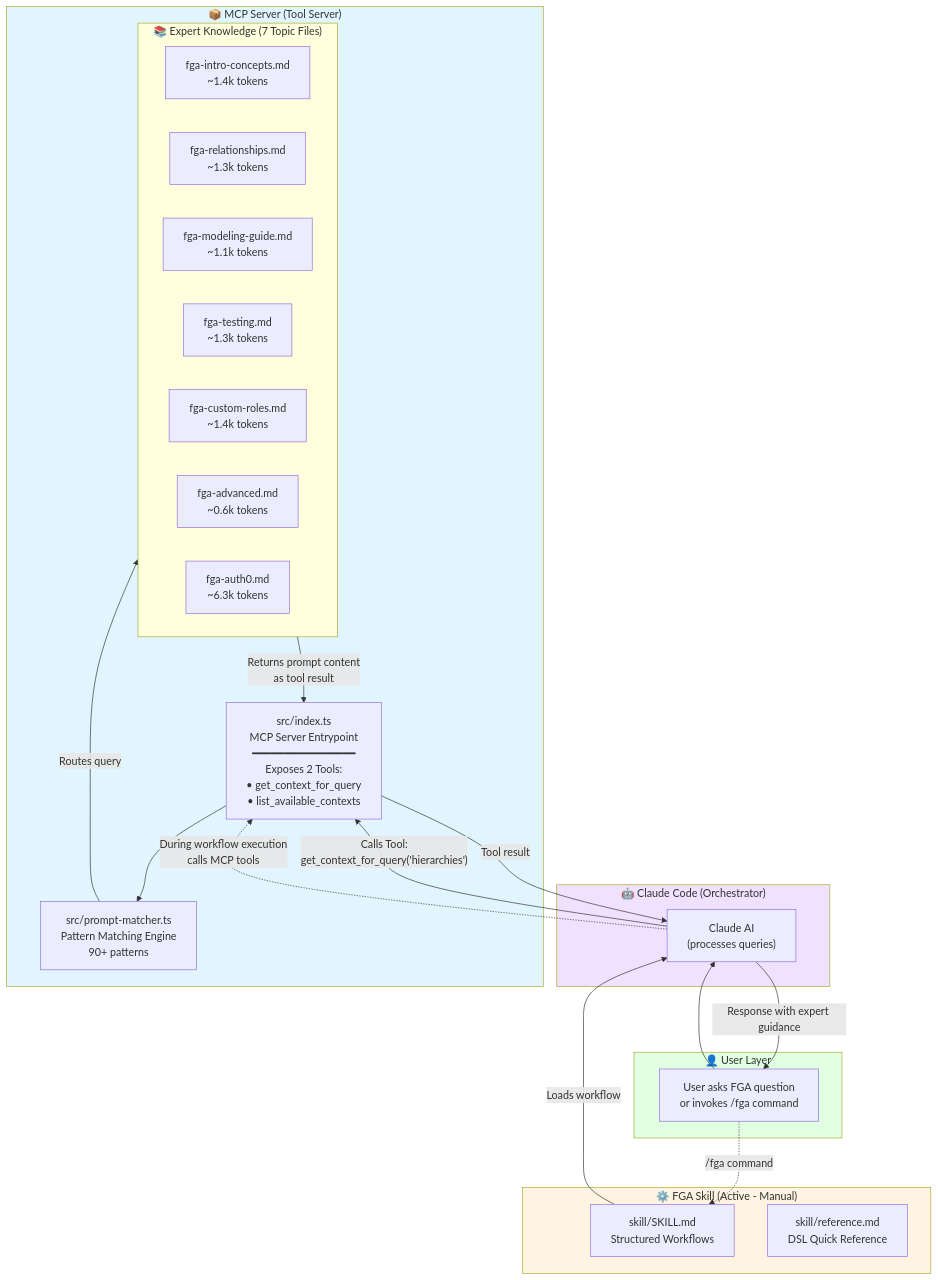
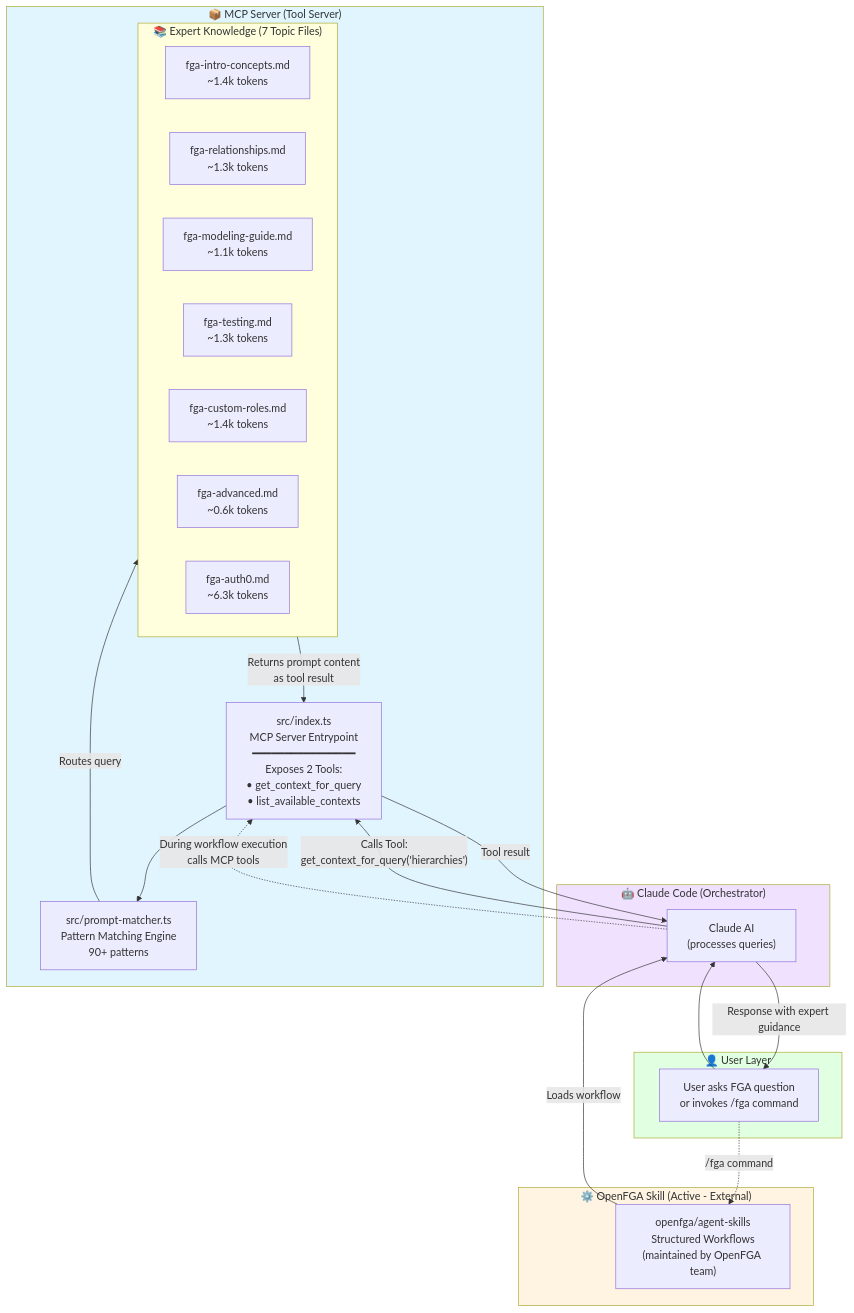
The first of 8 diagrams in ARCHITECTURE.md (violetarcher/fga-mcp-skills-quickstart), drawn with Mermaid before and after one commit. The commit also changed other lines of this file and 10 other files, not shown here.

````diff
--- a/ARCHITECTURE.md
+++ b/ARCHITECTURE.md
@@ -5,50 +5,49 @@
 ```mermaid
 graph TB
     subgraph User["👤 User Layer"]
         UserQuery["User asks FGA question<br/>or invokes /fga command"]
     end
 
     subgraph ClaudeCode["🤖 Claude Code (Orchestrator)"]
         Claude["Claude AI<br/>(processes queries)"]
     end
 
     subgraph MCP["📦 MCP Server (Tool Server)"]
         MCPServer["src/index.ts<br/>MCP Server Entrypoint<br/>━━━━━━━━━━━━━━━━<br/>Exposes 2 Tools:<br/>• get_context_for_query<br/>• list_available_contexts"]
         PatternMatcher["src/prompt-matcher.ts<br/>Pattern Matching Engine<br/>90+ patterns"]
 
         subgraph Prompts["📚 Expert Knowledge (7 Topic Files)"]
             Intro["fga-intro-concepts.md<br/>~1.4k tokens"]
             Rel["fga-relationships.md<br/>~1.3k tokens"]
             Guide["fga-modeling-guide.md<br/>~1.1k tokens"]
             Test["fga-testing.md<br/>~1.3k tokens"]
             Roles["fga-custom-roles.md<br/>~1.4k tokens"]
             Adv["fga-advanced.md<br/>~0.6k tokens"]
             Auth0["fga-auth0.md<br/>~6.3k tokens"]
         end
     end
 
-    subgraph Skill["⚙️ FGA Skill (Active - Manual)"]
-        SkillMD["skill/SKILL.md<br/>Structured Workflows"]
-        RefMD["skill/reference.md<br/>DSL Quick Reference"]
+    subgraph Skill["⚙️ OpenFGA Skill (Active - External)"]
+        SkillMD["openfga/agent-skills<br/>Structured Workflows<br/>(maintained by OpenFGA team)"]
     end
 
     UserQuery --> Claude
 
     Claude -->|"Calls Tool:<br/>get_context_for_query('hierarchies')"| MCPServer
     MCPServer --> PatternMatcher
     PatternMatcher -->|"Routes query"| Prompts
 
     Prompts -->|"Returns prompt content<br/>as tool result"| MCPServer
     MCPServer -->|"Tool result"| Claude
 
     UserQuery -.->|"/fga command"| SkillMD
     SkillMD -->|"Loads workflow"| Claude
     Claude -.->|"During workflow execution<br/>calls MCP tools"| MCPServer
 
     Claude -->|"Response with expert guidance"| UserQuery
 
     style MCP fill:#e1f5ff
     style Skill fill:#fff4e1
     style ClaudeCode fill:#f0e1ff
     style User fill:#e1ffe1
 ```
````
